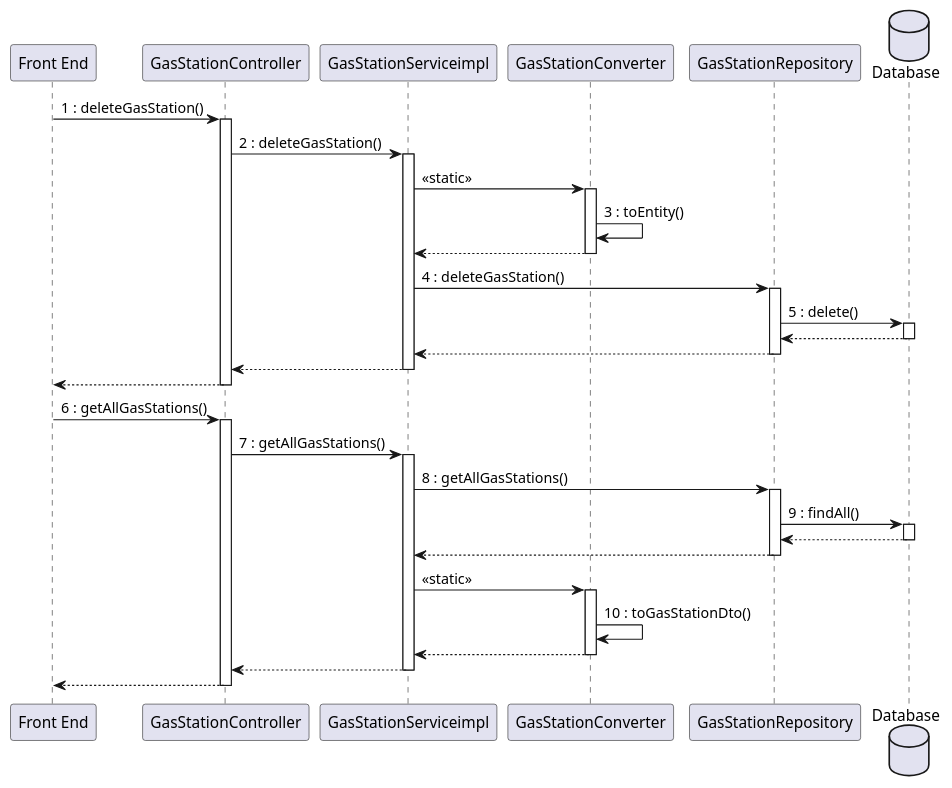
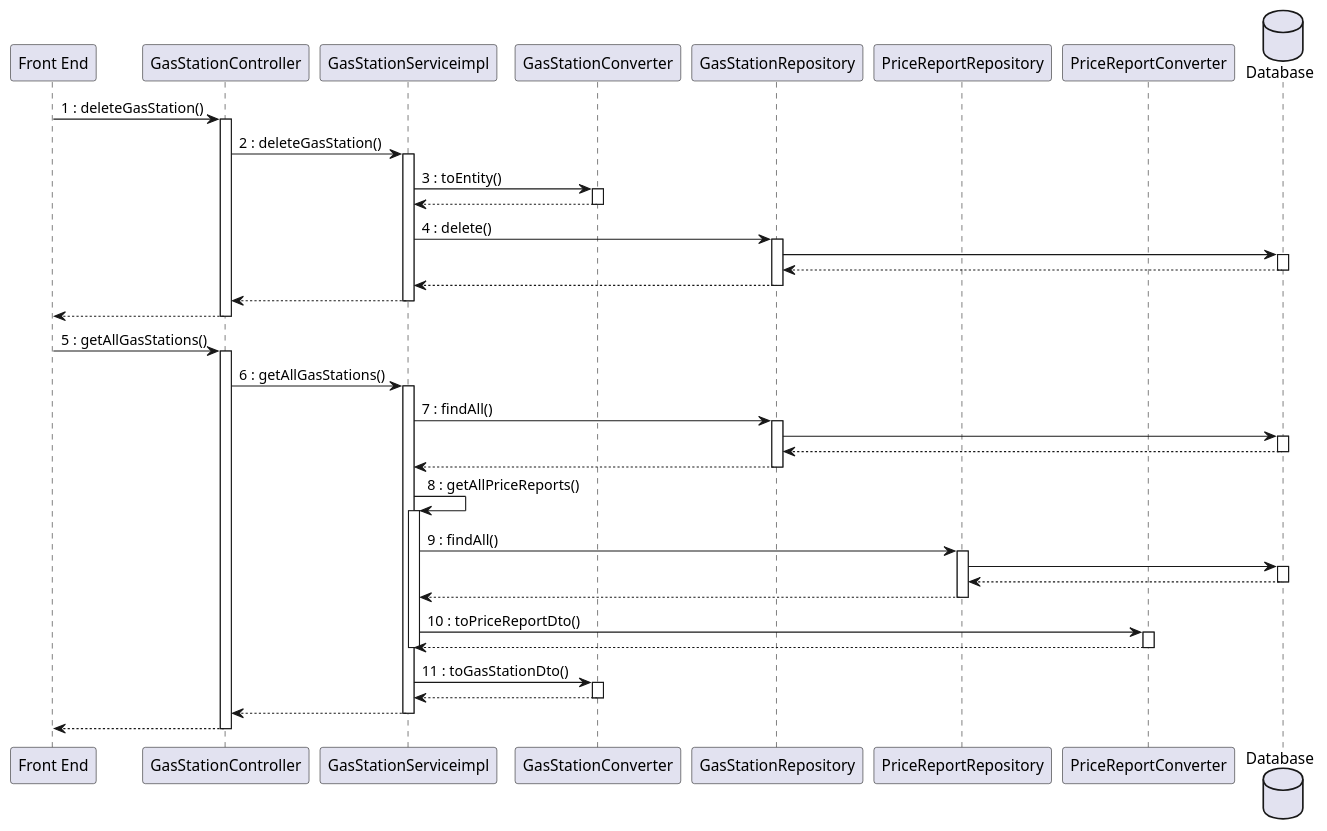
The tenth of 15 diagrams in docs/DesignDocument.md (mosTavassoli/ezgas), drawn with PlantUML before and after one commit. The commit also changed other lines of this file, not shown here.

Commit message:
docs(DesignDocument): fix and improve sequence diagrams

````diff
--- a/docs/DesignDocument.md
+++ b/docs/DesignDocument.md
@@ -683,36 +688,46 @@
 ```plantuml
 database Database order 30
 "Front End" -> GasStationController:1 : deleteGasStation()
 activate GasStationController
 GasStationController -> GasStationServiceimpl:2 : deleteGasStation()
 activate GasStationServiceimpl
-GasStationServiceimpl -> GasStationConverter:<<static>>
+GasStationServiceimpl -> GasStationConverter:3 : toEntity()
 activate GasStationConverter
-GasStationConverter -> GasStationConverter:3 : toEntity()
 return
-GasStationServiceimpl -> GasStationRepository:4 : deleteGasStation()
+GasStationServiceimpl -> GasStationRepository:4 : delete()
 activate GasStationRepository
-GasStationRepository -> Database:5 : delete()
+GasStationRepository -> Database
 activate Database
 return
 return
 return
 return
 
-"Front End" -> GasStationController:6 : getAllGasStations()
+"Front End" -> GasStationController:5 : getAllGasStations()
 activate GasStationController
-GasStationController -> GasStationServiceimpl:7 : getAllGasStations()
+GasStationController -> GasStationServiceimpl:6 : getAllGasStations()
 activate GasStationServiceimpl
-GasStationServiceimpl -> GasStationRepository:8 : getAllGasStations()
+GasStationServiceimpl -> GasStationRepository:7 : findAll()
 activate GasStationRepository
-GasStationRepository -> Database:9 : findAll()
+GasStationRepository -> Database
 activate Database
 return
 return
-GasStationServiceimpl -> GasStationConverter:<<static>>
+GasStationServiceimpl -> GasStationServiceimpl:8 : getAllPriceReports()
+activate GasStationServiceimpl
+GasStationServiceimpl -> PriceReportRepository:9 : findAll()
+activate PriceReportRepository
+PriceReportRepository -> Database
+activate Database
+return
+return
+GasStationServiceimpl -> PriceReportConverter:10 : toPriceReportDto()
+activate PriceReportConverter
+return
+deactivate GasStationServiceimpl
+GasStationServiceimpl -> GasStationConverter:11 : toGasStationDto()
 activate GasStationConverter
-GasStationConverter -> GasStationConverter:10 : toGasStationDto()
 return
 return
 return
 ```
````
